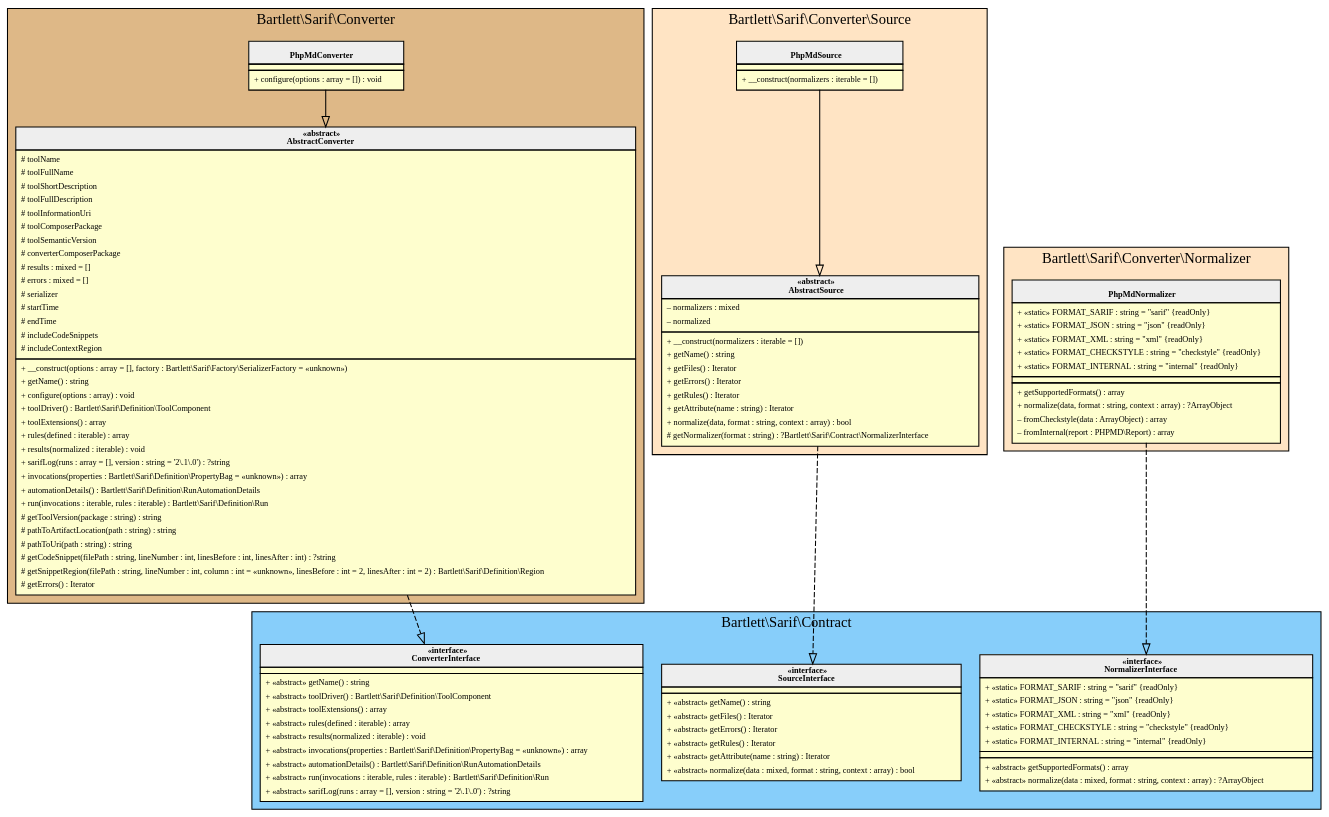
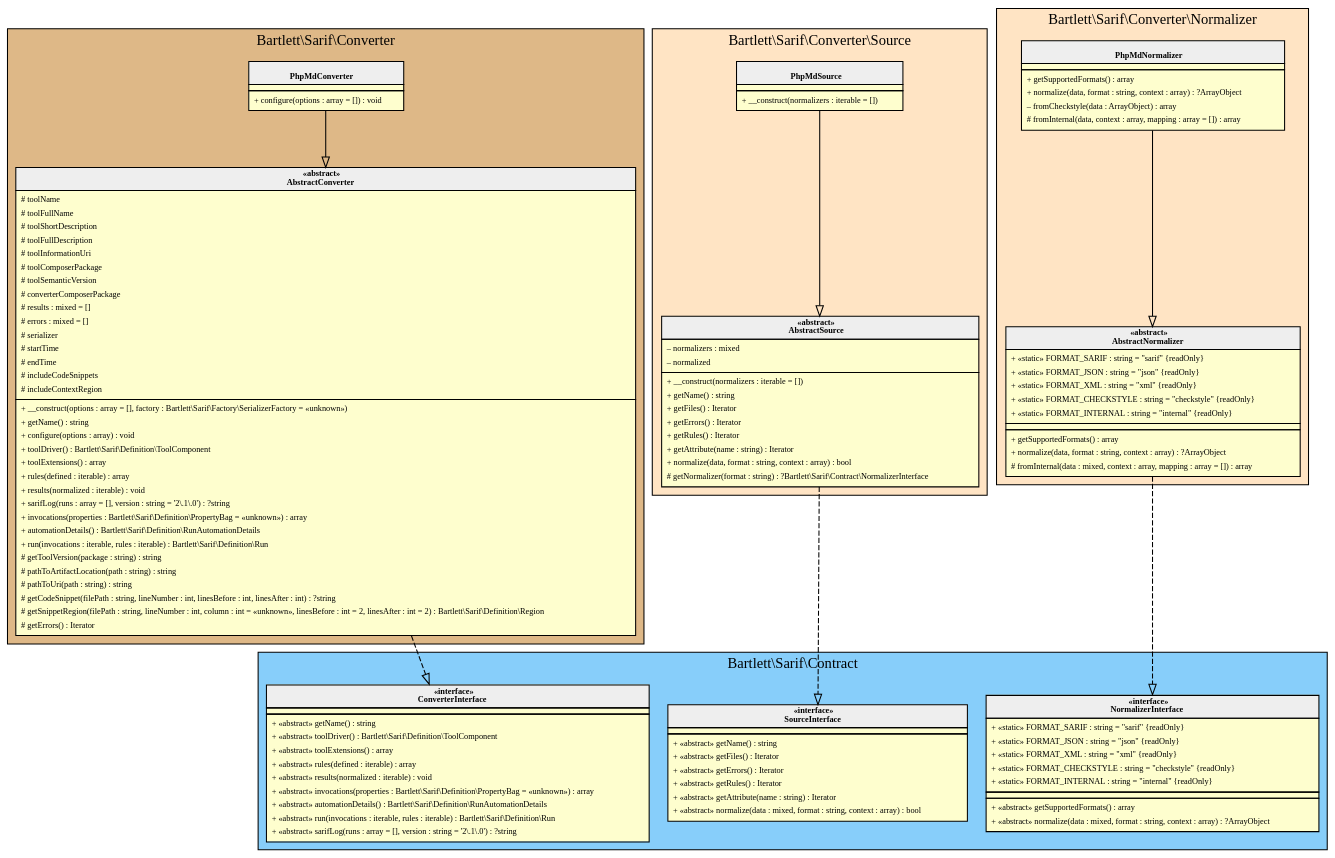
Before and after one commit to llaville/sarif-php-converters: the diagram in 1.0/assets/images/converter-phpmd.html.gv, drawn with Graphviz. The commit also changed 26 other files, not shown here.

```diff
--- a/1.0/assets/images/converter-phpmd.html.gv
+++ b/1.0/assets/images/converter-phpmd.html.gv
@@ -1,163 +1,174 @@
 digraph {
   graph [name="G" overlap="false" rankdir="TB" bgcolor="transparent"]
   node [fontname="Verdana" fontsize=8 shape="none" margin=0 fillcolor="#FEFECE" style="filled"]
   edge [fontname="Verdana" fontsize=8]
   subgraph cluster_0 {
     graph [bgcolor="BurlyWood"]
     label = "Bartlett\\Sarif\\Converter"
     "Bartlett\\Sarif\\Converter\\PhpMdConverter" [shape="none" label=<
 <table cellspacing="0" border="0" cellborder="1">
     <tr><td bgcolor="#eeeeee"><b><br/>PhpMdConverter</b></td></tr>
     <tr><td></td></tr>
     <tr><td><table border="0" cellspacing="0" cellpadding="2">
     <tr><td align="left">+ configure(options : array = []) : void</td></tr>
 </table></td></tr>
 </table>>]
     "Bartlett\\Sarif\\Converter\\AbstractConverter" [shape="none" label=<
 <table cellspacing="0" border="0" cellborder="1">
     <tr><td bgcolor="#eeeeee"><b>«abstract»<br/>AbstractConverter</b></td></tr>
     <tr><td><table border="0" cellspacing="0" cellpadding="2">
     <tr><td align="left"># toolName</td></tr>
     <tr><td align="left"># toolFullName</td></tr>
     <tr><td align="left"># toolShortDescription</td></tr>
     <tr><td align="left"># toolFullDescription</td></tr>
     <tr><td align="left"># toolInformationUri</td></tr>
     <tr><td align="left"># toolComposerPackage</td></tr>
     <tr><td align="left"># toolSemanticVersion</td></tr>
     <tr><td align="left"># converterComposerPackage</td></tr>
     <tr><td align="left"># results : mixed = []</td></tr>
     <tr><td align="left"># errors : mixed = []</td></tr>
     <tr><td align="left"># serializer</td></tr>
     <tr><td align="left"># startTime</td></tr>
     <tr><td align="left"># endTime</td></tr>
     <tr><td align="left"># includeCodeSnippets</td></tr>
     <tr><td align="left"># includeContextRegion</td></tr>
 </table></td></tr>
     <tr><td><table border="0" cellspacing="0" cellpadding="2">
     <tr><td align="left">+ __construct(options : array = [], factory : Bartlett\\Sarif\\Factory\\SerializerFactory = «unknown»)</td></tr>
     <tr><td align="left">+ getName() : string</td></tr>
     <tr><td align="left">+ configure(options : array) : void</td></tr>
     <tr><td align="left">+ toolDriver() : Bartlett\\Sarif\\Definition\\ToolComponent</td></tr>
     <tr><td align="left">+ toolExtensions() : array</td></tr>
     <tr><td align="left">+ rules(defined : iterable) : array</td></tr>
     <tr><td align="left">+ results(normalized : iterable) : void</td></tr>
     <tr><td align="left">+ sarifLog(runs : array = [], version : string = '2\.1\.0') : ?string</td></tr>
     <tr><td align="left">+ invocations(properties : Bartlett\\Sarif\\Definition\\PropertyBag = «unknown») : array</td></tr>
     <tr><td align="left">+ automationDetails() : Bartlett\\Sarif\\Definition\\RunAutomationDetails</td></tr>
     <tr><td align="left">+ run(invocations : iterable, rules : iterable) : Bartlett\\Sarif\\Definition\\Run</td></tr>
     <tr><td align="left"># getToolVersion(package : string) : string</td></tr>
     <tr><td align="left"># pathToArtifactLocation(path : string) : string</td></tr>
     <tr><td align="left"># pathToUri(path : string) : string</td></tr>
     <tr><td align="left"># getCodeSnippet(filePath : string, lineNumber : int, linesBefore : int, linesAfter : int) : ?string</td></tr>
     <tr><td align="left"># getSnippetRegion(filePath : string, lineNumber : int, column : int = «unknown», linesBefore : int = 2, linesAfter : int = 2) : Bartlett\\Sarif\\Definition\\Region</td></tr>
     <tr><td align="left"># getErrors() : Iterator</td></tr>
 </table></td></tr>
 </table>>]
   }
   subgraph cluster_1 {
     graph [bgcolor="LightSkyBlue"]
     label = "Bartlett\\Sarif\\Contract"
     "Bartlett\\Sarif\\Contract\\ConverterInterface" [shape="none" label=<
 <table cellspacing="0" border="0" cellborder="1">
     <tr><td bgcolor="#eeeeee"><b>«interface»<br/>ConverterInterface</b></td></tr>
     <tr><td></td></tr>
     <tr><td><table border="0" cellspacing="0" cellpadding="2">
     <tr><td align="left">+ «abstract» getName() : string</td></tr>
     <tr><td align="left">+ «abstract» toolDriver() : Bartlett\\Sarif\\Definition\\ToolComponent</td></tr>
     <tr><td align="left">+ «abstract» toolExtensions() : array</td></tr>
     <tr><td align="left">+ «abstract» rules(defined : iterable) : array</td></tr>
     <tr><td align="left">+ «abstract» results(normalized : iterable) : void</td></tr>
     <tr><td align="left">+ «abstract» invocations(properties : Bartlett\\Sarif\\Definition\\PropertyBag = «unknown») : array</td></tr>
     <tr><td align="left">+ «abstract» automationDetails() : Bartlett\\Sarif\\Definition\\RunAutomationDetails</td></tr>
     <tr><td align="left">+ «abstract» run(invocations : iterable, rules : iterable) : Bartlett\\Sarif\\Definition\\Run</td></tr>
     <tr><td align="left">+ «abstract» sarifLog(runs : array = [], version : string = '2\.1\.0') : ?string</td></tr>
 </table></td></tr>
 </table>>]
     "Bartlett\\Sarif\\Contract\\SourceInterface" [shape="none" label=<
 <table cellspacing="0" border="0" cellborder="1">
     <tr><td bgcolor="#eeeeee"><b>«interface»<br/>SourceInterface</b></td></tr>
     <tr><td></td></tr>
     <tr><td><table border="0" cellspacing="0" cellpadding="2">
     <tr><td align="left">+ «abstract» getName() : string</td></tr>
     <tr><td align="left">+ «abstract» getFiles() : Iterator</td></tr>
     <tr><td align="left">+ «abstract» getErrors() : Iterator</td></tr>
     <tr><td align="left">+ «abstract» getRules() : Iterator</td></tr>
     <tr><td align="left">+ «abstract» getAttribute(name : string) : Iterator</td></tr>
     <tr><td align="left">+ «abstract» normalize(data : mixed, format : string, context : array) : bool</td></tr>
 </table></td></tr>
 </table>>]
     "Bartlett\\Sarif\\Contract\\NormalizerInterface" [shape="none" label=<
 <table cellspacing="0" border="0" cellborder="1">
     <tr><td bgcolor="#eeeeee"><b>«interface»<br/>NormalizerInterface</b></td></tr>
     <tr><td><table border="0" cellspacing="0" cellpadding="2">
     <tr><td align="left">+ «static» FORMAT_SARIF : string = "sarif" {readOnly}</td></tr>
     <tr><td align="left">+ «static» FORMAT_JSON : string = "json" {readOnly}</td></tr>
     <tr><td align="left">+ «static» FORMAT_XML : string = "xml" {readOnly}</td></tr>
     <tr><td align="left">+ «static» FORMAT_CHECKSTYLE : string = "checkstyle" {readOnly}</td></tr>
     <tr><td align="left">+ «static» FORMAT_INTERNAL : string = "internal" {readOnly}</td></tr>
 </table></td></tr>
     <tr><td></td></tr>
     <tr><td><table border="0" cellspacing="0" cellpadding="2">
     <tr><td align="left">+ «abstract» getSupportedFormats() : array</td></tr>
     <tr><td align="left">+ «abstract» normalize(data : mixed, format : string, context : array) : ?ArrayObject</td></tr>
 </table></td></tr>
 </table>>]
   }
   subgraph cluster_2 {
     graph [bgcolor="Bisque"]
     label = "Bartlett\\Sarif\\Converter\\Source"
     "Bartlett\\Sarif\\Converter\\Source\\PhpMdSource" [shape="none" label=<
 <table cellspacing="0" border="0" cellborder="1">
     <tr><td bgcolor="#eeeeee"><b><br/>PhpMdSource</b></td></tr>
     <tr><td></td></tr>
     <tr><td><table border="0" cellspacing="0" cellpadding="2">
     <tr><td align="left">+ __construct(normalizers : iterable = [])</td></tr>
 </table></td></tr>
 </table>>]
     "Bartlett\\Sarif\\Converter\\Source\\AbstractSource" [shape="none" label=<
 <table cellspacing="0" border="0" cellborder="1">
     <tr><td bgcolor="#eeeeee"><b>«abstract»<br/>AbstractSource</b></td></tr>
     <tr><td><table border="0" cellspacing="0" cellpadding="2">
     <tr><td align="left">– normalizers : mixed</td></tr>
     <tr><td align="left">– normalized</td></tr>
 </table></td></tr>
     <tr><td><table border="0" cellspacing="0" cellpadding="2">
     <tr><td align="left">+ __construct(normalizers : iterable = [])</td></tr>
     <tr><td align="left">+ getName() : string</td></tr>
     <tr><td align="left">+ getFiles() : Iterator</td></tr>
     <tr><td align="left">+ getErrors() : Iterator</td></tr>
     <tr><td align="left">+ getRules() : Iterator</td></tr>
     <tr><td align="left">+ getAttribute(name : string) : Iterator</td></tr>
     <tr><td align="left">+ normalize(data, format : string, context : array) : bool</td></tr>
     <tr><td align="left"># getNormalizer(format : string) : ?Bartlett\\Sarif\\Contract\\NormalizerInterface</td></tr>
 </table></td></tr>
 </table>>]
   }
   subgraph cluster_3 {
     graph [bgcolor="Bisque"]
     label = "Bartlett\\Sarif\\Converter\\Normalizer"
     "Bartlett\\Sarif\\Converter\\Normalizer\\PhpMdNormalizer" [shape="none" label=<
 <table cellspacing="0" border="0" cellborder="1">
     <tr><td bgcolor="#eeeeee"><b><br/>PhpMdNormalizer</b></td></tr>
+    <tr><td></td></tr>
+    <tr><td><table border="0" cellspacing="0" cellpadding="2">
+    <tr><td align="left">+ getSupportedFormats() : array</td></tr>
+    <tr><td align="left">+ normalize(data, format : string, context : array) : ?ArrayObject</td></tr>
+    <tr><td align="left">– fromCheckstyle(data : ArrayObject) : array</td></tr>
+    <tr><td align="left"># fromInternal(data, context : array, mapping : array = []) : array</td></tr>
+</table></td></tr>
+</table>>]
+    "Bartlett\\Sarif\\Converter\\Normalizer\\AbstractNormalizer" [shape="none" label=<
+<table cellspacing="0" border="0" cellborder="1">
+    <tr><td bgcolor="#eeeeee"><b>«abstract»<br/>AbstractNormalizer</b></td></tr>
     <tr><td><table border="0" cellspacing="0" cellpadding="2">
     <tr><td align="left">+ «static» FORMAT_SARIF : string = "sarif" {readOnly}</td></tr>
     <tr><td align="left">+ «static» FORMAT_JSON : string = "json" {readOnly}</td></tr>
     <tr><td align="left">+ «static» FORMAT_XML : string = "xml" {readOnly}</td></tr>
     <tr><td align="left">+ «static» FORMAT_CHECKSTYLE : string = "checkstyle" {readOnly}</td></tr>
     <tr><td align="left">+ «static» FORMAT_INTERNAL : string = "internal" {readOnly}</td></tr>
 </table></td></tr>
     <tr><td></td></tr>
     <tr><td><table border="0" cellspacing="0" cellpadding="2">
     <tr><td align="left">+ getSupportedFormats() : array</td></tr>
     <tr><td align="left">+ normalize(data, format : string, context : array) : ?ArrayObject</td></tr>
-    <tr><td align="left">– fromCheckstyle(data : ArrayObject) : array</td></tr>
-    <tr><td align="left">– fromInternal(report : PHPMD\\Report) : array</td></tr>
+    <tr><td align="left"># fromInternal(data : mixed, context : array, mapping : array = []) : array</td></tr>
 </table></td></tr>
 </table>>]
   }
   "Bartlett\\Sarif\\Converter\\AbstractConverter" -> "Bartlett\\Sarif\\Contract\\ConverterInterface" [arrowhead="empty" style="dashed"]
   "Bartlett\\Sarif\\Converter\\PhpMdConverter" -> "Bartlett\\Sarif\\Converter\\AbstractConverter" [arrowhead="empty" style="filled"]
   "Bartlett\\Sarif\\Converter\\Source\\AbstractSource" -> "Bartlett\\Sarif\\Contract\\SourceInterface" [arrowhead="empty" style="dashed"]
   "Bartlett\\Sarif\\Converter\\Source\\PhpMdSource" -> "Bartlett\\Sarif\\Converter\\Source\\AbstractSource" [arrowhead="empty" style="filled"]
-  "Bartlett\\Sarif\\Converter\\Normalizer\\PhpMdNormalizer" -> "Bartlett\\Sarif\\Contract\\NormalizerInterface" [arrowhead="empty" style="dashed"]
+  "Bartlett\\Sarif\\Converter\\Normalizer\\AbstractNormalizer" -> "Bartlett\\Sarif\\Contract\\NormalizerInterface" [arrowhead="empty" style="dashed"]
+  "Bartlett\\Sarif\\Converter\\Normalizer\\PhpMdNormalizer" -> "Bartlett\\Sarif\\Converter\\Normalizer\\AbstractNormalizer" [arrowhead="empty" style="filled"]
 }
```
